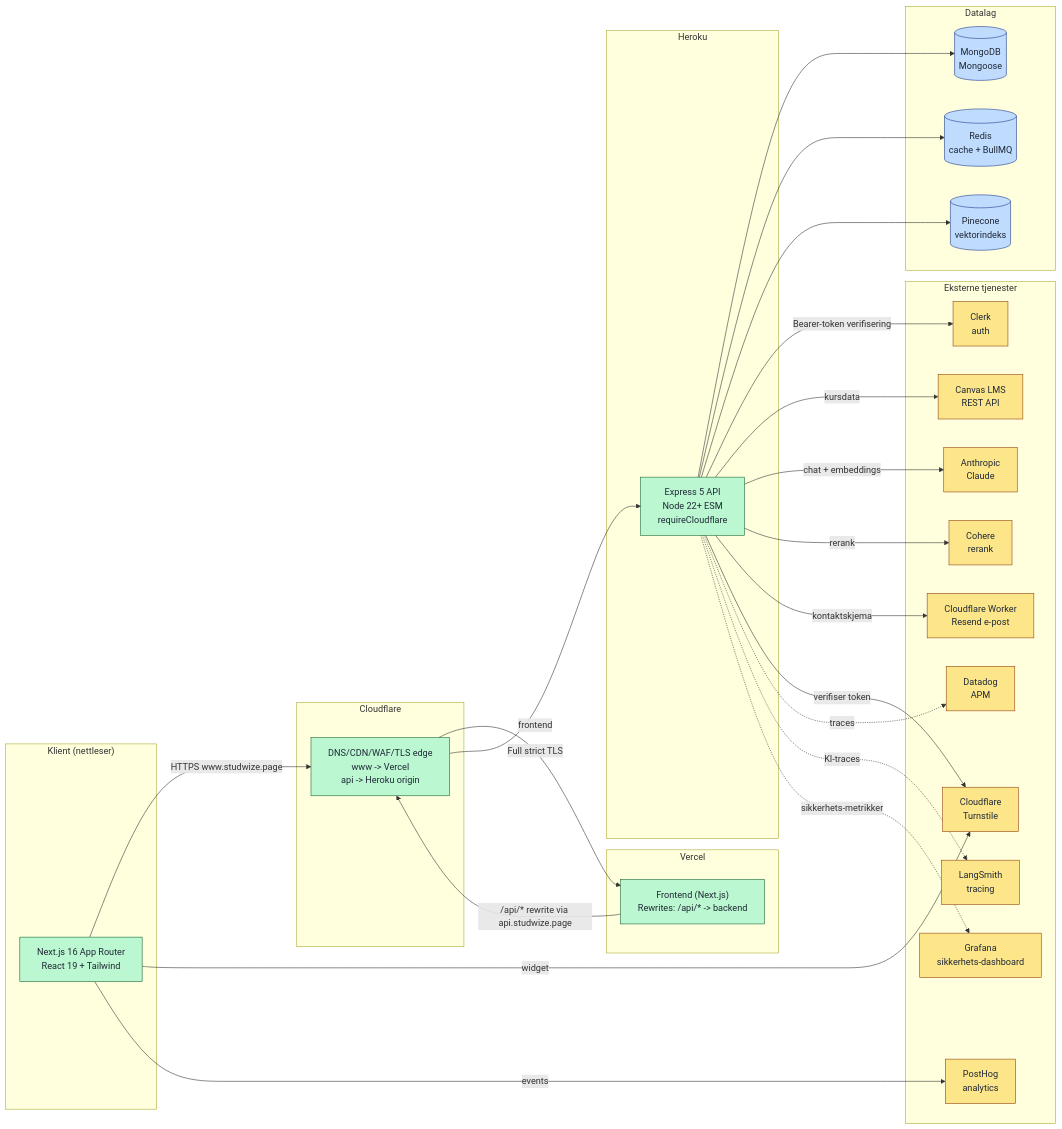
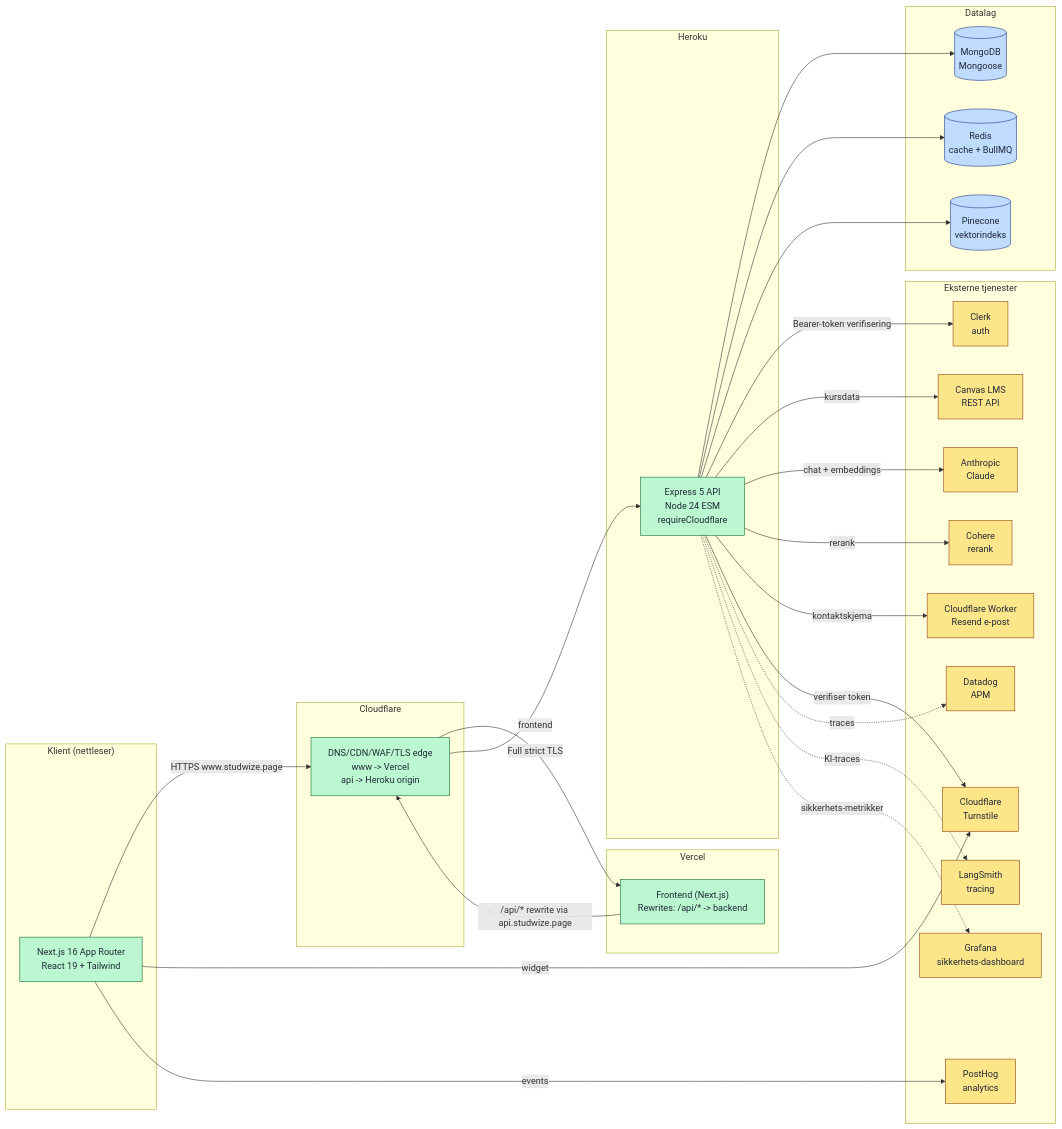
Before and after one commit to 26zl/StudyWise: the diagram in filer_prosjekt/diagrammer/01-arkitektur-overordnet.md, drawn with Mermaid. The commit also changed 20 other files, not shown here.

````diff
--- a/filer_prosjekt/diagrammer/01-arkitektur-overordnet.md
+++ b/filer_prosjekt/diagrammer/01-arkitektur-overordnet.md
@@ -5,67 +5,67 @@
 ```mermaid
 flowchart LR
     subgraph Klient["Klient (nettleser)"]
         UI["Next.js 16 App Router<br/>React 19 + Tailwind"]
     end
 
     subgraph Vercel["Vercel"]
         FE["Frontend (Next.js)<br/>Rewrites: /api/* -> backend"]
     end
 
     subgraph Cloudflare["Cloudflare"]
         CFEDGE["DNS/CDN/WAF/TLS edge<br/>www -> Vercel<br/>api -> Heroku origin"]
     end
 
     subgraph Heroku["Heroku"]
-        BE["Express 5 API<br/>Node 22+ ESM<br/>requireCloudflare"]
+        BE["Express 5 API<br/>Node 24 ESM<br/>requireCloudflare"]
     end
 
     subgraph Datalag["Datalag"]
         MONGO[("MongoDB<br/>Mongoose")]
         REDIS[("Redis<br/>cache + BullMQ")]
         PINE[("Pinecone<br/>vektorindeks")]
     end
 
     subgraph Eksterne["Eksterne tjenester"]
         CLERK["Clerk<br/>auth"]
         CANVAS["Canvas LMS<br/>REST API"]
         ANTH["Anthropic<br/>Claude"]
         COHERE["Cohere<br/>rerank"]
         TURN["Cloudflare<br/>Turnstile"]
         POSTHOG["PostHog<br/>analytics"]
         DD["Datadog<br/>APM"]
         LANG["LangSmith<br/>tracing"]
         GRAF["Grafana<br/>sikkerhets-dashboard"]
         CFW["Cloudflare Worker<br/>Resend e-post"]
     end
 
     UI -->|HTTPS www.studwize.page| CFEDGE
     CFEDGE -->|frontend| FE
     FE -->|/api/* rewrite via api.studwize.page| CFEDGE
     CFEDGE -->|Full strict TLS| BE
 
     BE --> MONGO
     BE --> REDIS
     BE --> PINE
 
     BE -->|Bearer-token verifisering| CLERK
     BE -->|kursdata| CANVAS
     BE -->|chat + embeddings| ANTH
     BE -->|rerank| COHERE
     BE -->|kontaktskjema| CFW
 
     UI -->|widget| TURN
     BE -->|verifiser token| TURN
     UI -->|events| POSTHOG
 
     BE -.->|traces| DD
     BE -.->|KI-traces| LANG
     BE -.->|sikkerhets-metrikker| GRAF
 
     classDef ext fill:#fde68a,stroke:#92400e,color:#1f2937
     classDef data fill:#bfdbfe,stroke:#1e3a8a,color:#1f2937
     classDef app fill:#bbf7d0,stroke:#166534,color:#1f2937
     class CLERK,CANVAS,ANTH,COHERE,TURN,POSTHOG,DD,LANG,GRAF,CFW ext
     class MONGO,REDIS,PINE data
     class FE,BE,UI,CFEDGE app
 ```
````
